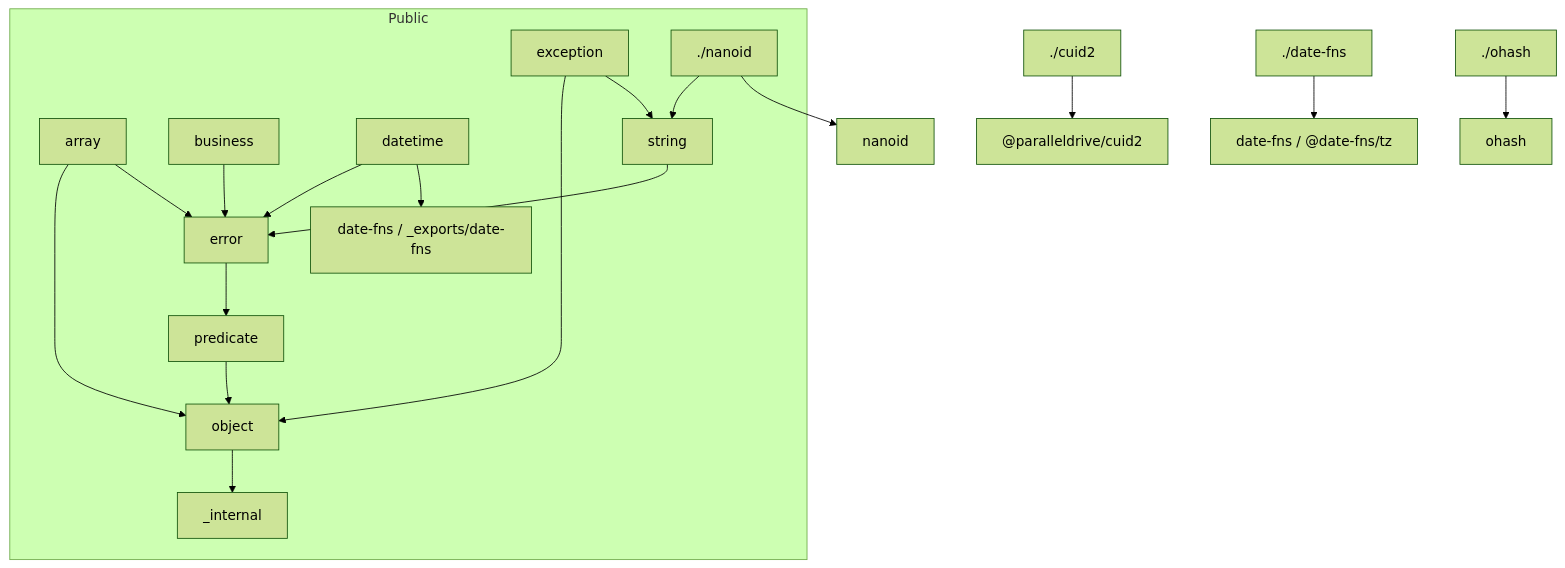
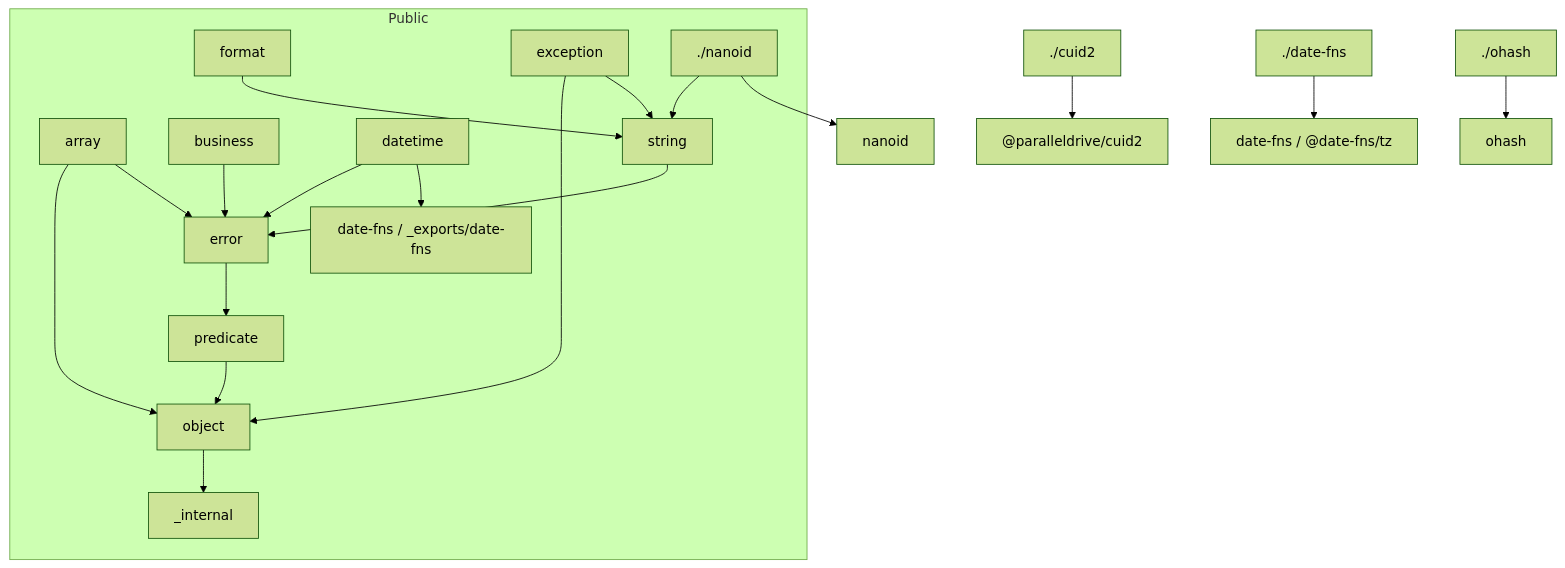
One commit to bingtsingw/xstools-open changed the diagram in .agents/docs/architecture.md. Above: the diagram before and after it, drawn with Mermaid (forest theme). The commit also changed other lines of this file and 5 other files, not shown here.

````diff
--- a/.agents/docs/architecture.md
+++ b/.agents/docs/architecture.md
@@ -62,22 +62,23 @@
 ```mermaid
 flowchart TB
   subgraph public [Public]
     array --> object
     array --> error
     business --> error
     datetime --> error
     datetime --> date_fns_src["date-fns / _exports/date-fns"]
     string --> error
+    format --> string
     exception --> object
     exception --> string
     error --> predicate
     predicate --> object
     object --> internal["_internal"]
     nanoid_exp["./nanoid"] --> string
   end
 
   cuid2_exp["./cuid2"] --> cuid2lib["@paralleldrive/cuid2"]
   date_fns_exp["./date-fns"] --> datefns["date-fns / @date-fns/tz"]
   nanoid_exp --> nanoidlib[nanoid]
   ohash_exp["./ohash"] --> ohashlib[ohash]
 ```
````
